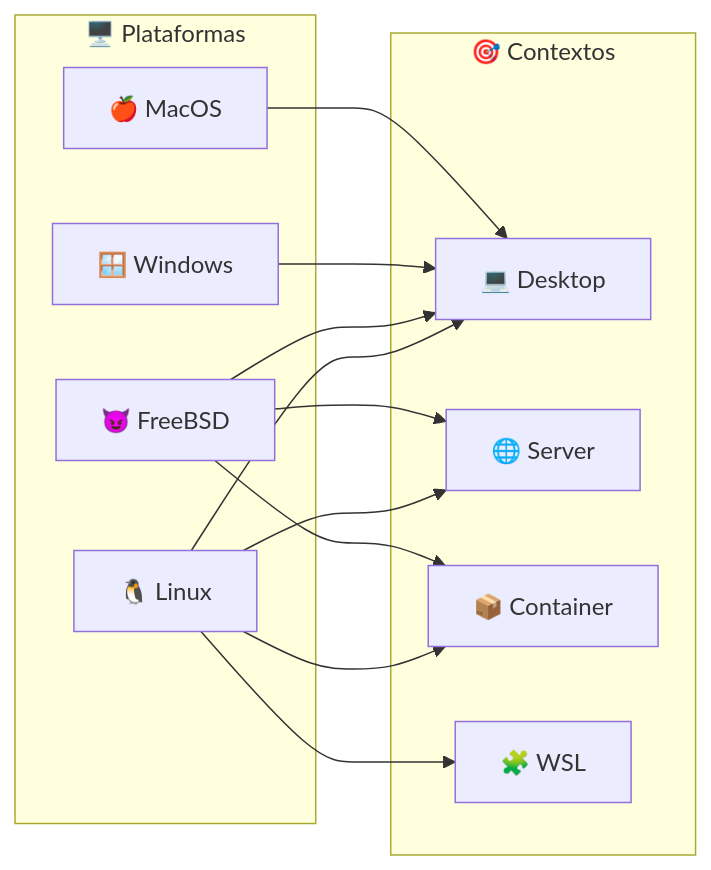
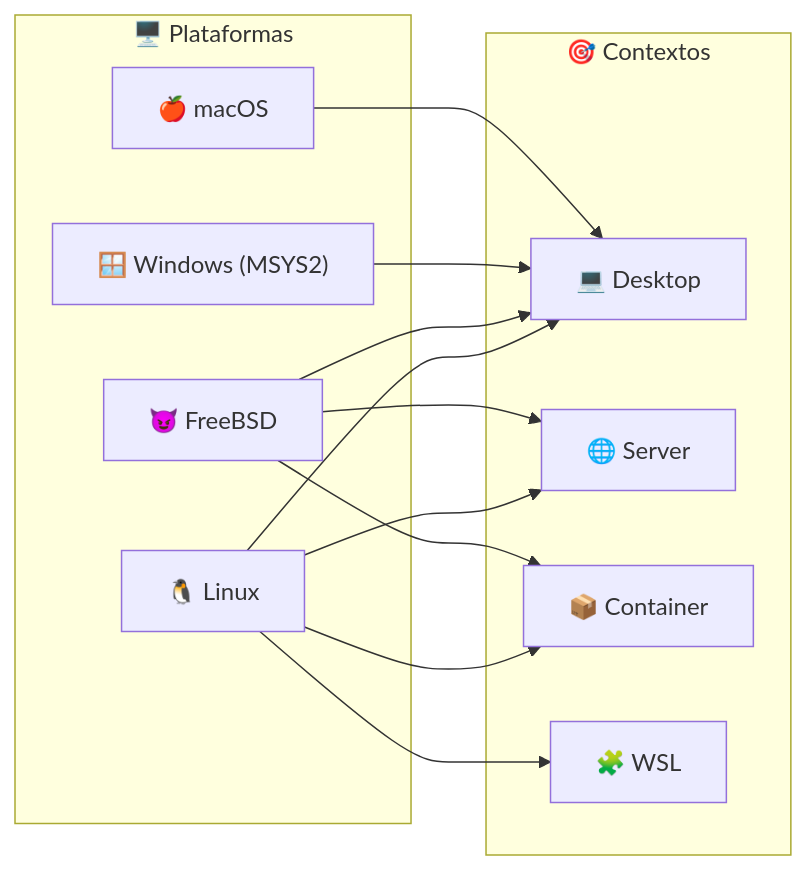
Before and after one commit to GabrielFrigo4/Shell: the first of 2 diagrams in README.md, drawn with Mermaid. The commit also changed other lines of this file and 13 other files, not shown here.

Commit message:
refactor: reorder productivity quartet sequence and initialize documentation structure for shell components

````diff
--- a/README.md
+++ b/README.md
@@ -33,29 +30,21 @@
 ```mermaid
 flowchart LR
     subgraph OS ["🖥️ Plataformas"]
         LNX["🐧 Linux"]
         BSD["😈 FreeBSD"]
-        WIN["🪟 Windows"]
-        MAC["🍎 MacOS"]
+        WIN["🪟 Windows (MSYS2)"]
+        MAC["🍎 macOS"]
     end
 
     subgraph CTX ["🎯 Contextos"]
         DSK["💻 Desktop"]
         SRV["🌐 Server"]
         CNT["📦 Container"]
         WSL["🧩 WSL"]
     end
 
-    LNX --> DSK
-    LNX --> SRV
-    LNX --> CNT
-    LNX --> WSL
-
-    BSD --> DSK
-    BSD --> SRV
-    BSD --> CNT
-
+    LNX --> DSK & SRV & CNT & WSL
+    BSD --> DSK & SRV & CNT
     WIN --> DSK
-
     MAC --> DSK
 ```
````
